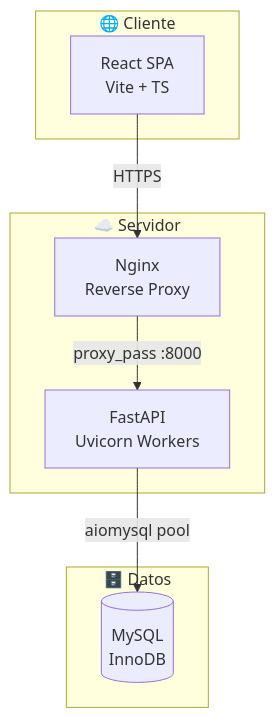
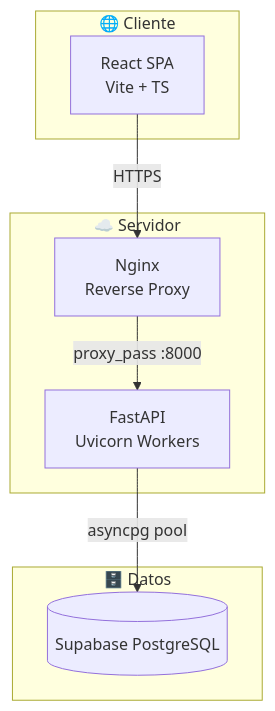
One commit to mrwil82/SIGAI-SES changed the first of 4 diagrams in ENTREGABLES_SIGAI_SES/01_DOCUMENTACION_TECNICA/ARQUITECTURA/01_ARQUITECTURA_SISTEMA.md. Above: the diagram before and after it, drawn with Mermaid. The commit also changed other lines of this file and 16 other files, not shown here.

Commit message:
docs: update all ENTREGABLES for v1.0.0 production — Render/Supabase stack, themes, avatars, PWA, CI, new MMD diagrams

````diff
--- a/ENTREGABLES_SIGAI_SES/01_DOCUMENTACION_TECNICA/ARQUITECTURA/01_ARQUITECTURA_SISTEMA.md
+++ b/ENTREGABLES_SIGAI_SES/01_DOCUMENTACION_TECNICA/ARQUITECTURA/01_ARQUITECTURA_SISTEMA.md
@@ -38,16 +38,16 @@
 ```mermaid
 graph TB
     subgraph "🌐 Cliente"
         A[React SPA<br/>Vite + TS]
     end
     subgraph "☁️ Servidor"
         B[Nginx<br/>Reverse Proxy]
         C[FastAPI<br/>Uvicorn Workers]
     end
     subgraph "🗄️ Datos"
-        D[(MySQL<br/>InnoDB)]
+        D[(Supabase PostgreSQL)]
     end
     A -->|HTTPS| B
     B -->|proxy_pass :8000| C
-    C -->|aiomysql pool| D
+    C -->|asyncpg pool| D
 ```
````
